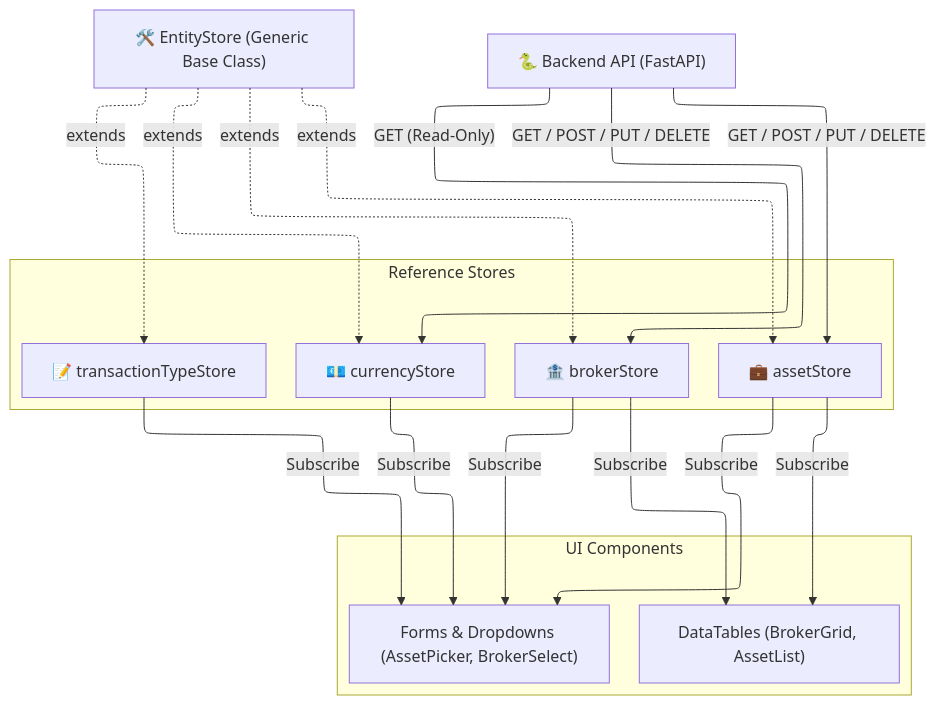
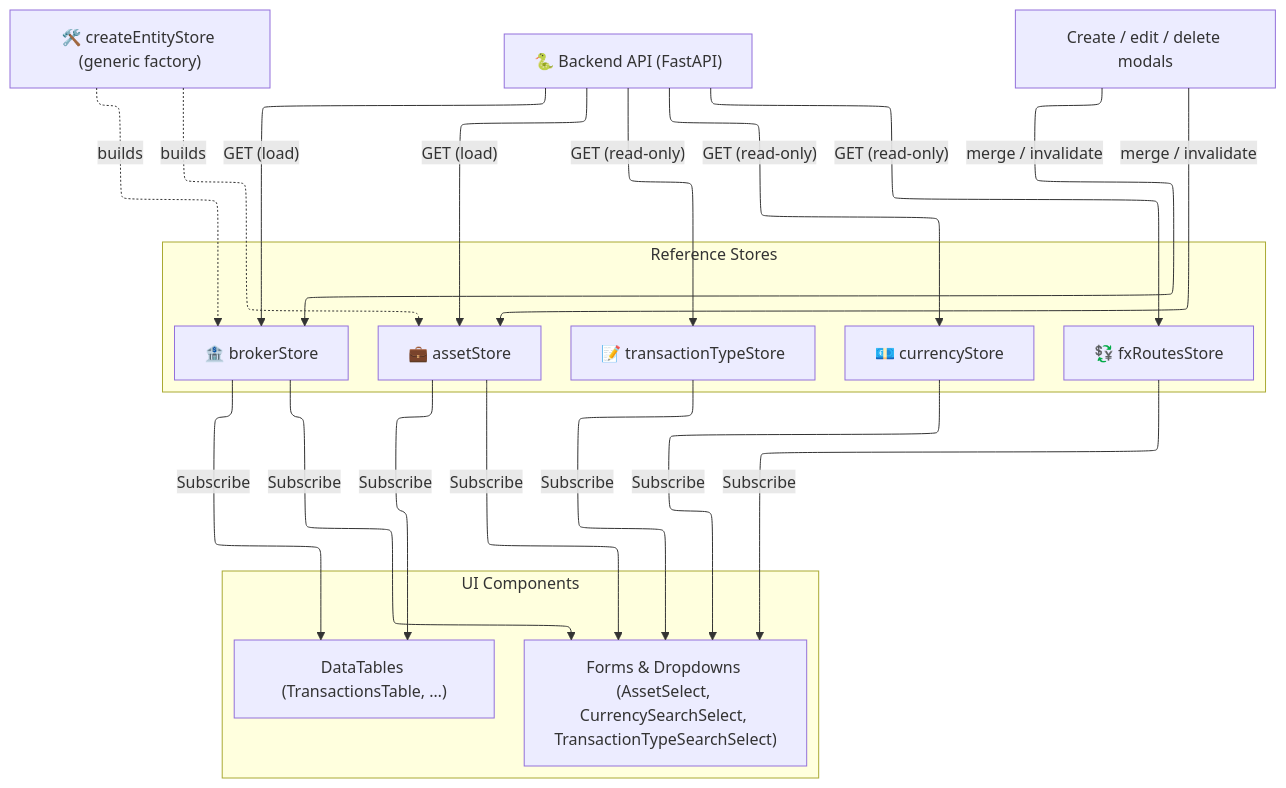
Before and after one commit to Librefolio/LibreFolio: the diagram in mkdocs_src/docs/developer/frontend/state/reference-state.md, drawn with Mermaid. The commit also changed other lines of this file and 48 other files, not shown here.

````diff
--- a/mkdocs_src/docs/developer/frontend/state/reference-state.md
+++ b/mkdocs_src/docs/developer/frontend/state/reference-state.md
@@ -24,38 +29,44 @@
 ```mermaid
 ---
 config:
   layout: elk
 ---
 graph TD
-    EntityStore["🛠️ EntityStore (Generic Base Class)"]
+    EntityStore["🛠️ createEntityStore (generic factory)"]
     API["🐍 Backend API (FastAPI)"]
+    Modals["Create / edit / delete modals"]
 
     subgraph Reference_Stores ["Reference Stores"]
         B_Store["🏦 brokerStore"]
         A_Store["💼 assetStore"]
         C_Store["💶 currencyStore"]
+        R_Store["💱 fxRoutesStore"]
         T_Store["📝 transactionTypeStore"]
     end
 
     subgraph UI_Components ["UI Components"]
-        Dropdown["Forms & Dropdowns (AssetPicker, BrokerSelect)"]
-        Tables["DataTables (BrokerGrid, AssetList)"]
+        Dropdown["Forms & Dropdowns (AssetSelect, CurrencySearchSelect, TransactionTypeSearchSelect)"]
+        Tables["DataTables (TransactionsTable, …)"]
     end
 
-    EntityStore -. "extends" .-> B_Store
-    EntityStore -. "extends" .-> A_Store
-    EntityStore -. "extends" .-> C_Store
-    EntityStore -. "extends" .-> T_Store
+    EntityStore -. "builds" .-> B_Store
+    EntityStore -. "builds" .-> A_Store
 
-    API -->|"GET / POST / PUT / DELETE"| B_Store
-    API -->|"GET / POST / PUT / DELETE"| A_Store
-    API -->|"GET (Read-Only)"| C_Store
+    API -->|"GET (load)"| B_Store
+    API -->|"GET (load)"| A_Store
+    API -->|"GET (read-only)"| C_Store
+    API -->|"GET (read-only)"| R_Store
+    API -->|"GET (read-only)"| T_Store
+
+    Modals -->|"merge / invalidate"| B_Store
+    Modals -->|"merge / invalidate"| A_Store
 
     B_Store -->|"Subscribe"| Dropdown
     A_Store -->|"Subscribe"| Dropdown
     C_Store -->|"Subscribe"| Dropdown
+    R_Store -->|"Subscribe"| Dropdown
     T_Store -->|"Subscribe"| Dropdown
 
     B_Store -->|"Subscribe"| Tables
     A_Store -->|"Subscribe"| Tables
 ```
````
